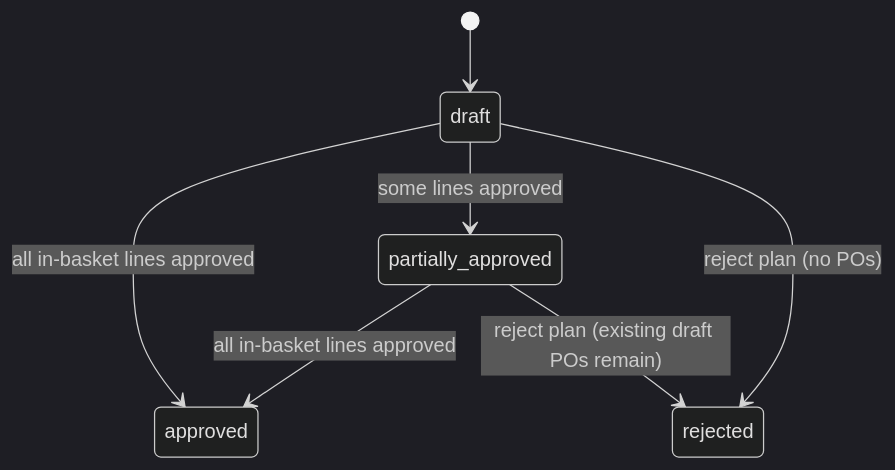
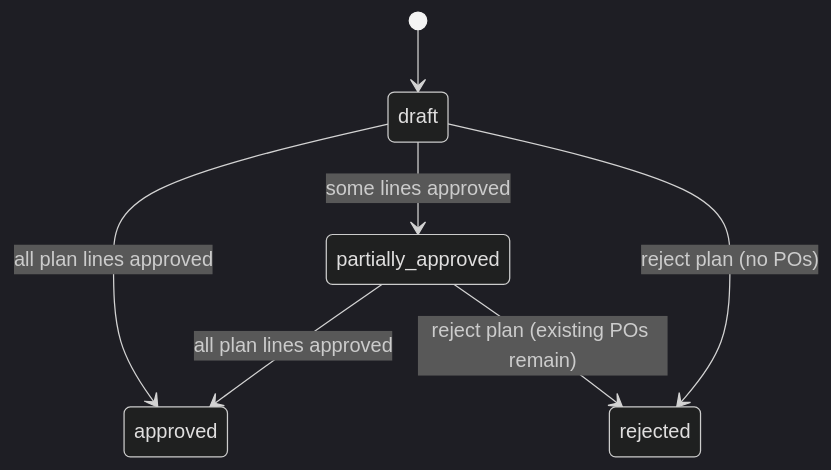
Diagram 17 of 22 in architecture.md (rushshah973/pharmaos), drawn with Mermaid (dark theme) before and after one commit. The commit also changed other lines of this file and 35 other files, not shown here.

````diff
--- a/architecture.md
+++ b/architecture.md
@@ -485,9 +512,9 @@
 ```mermaid
 stateDiagram-v2
     [*] --> draft
     draft --> partially_approved: some lines approved
-    partially_approved --> approved: all in-basket lines approved
-    draft --> approved: all in-basket lines approved
+    partially_approved --> approved: all plan lines approved
+    draft --> approved: all plan lines approved
     draft --> rejected: reject plan (no POs)
-    partially_approved --> rejected: reject plan (existing draft POs remain)
+    partially_approved --> rejected: reject plan (existing POs remain)
 ```
````
